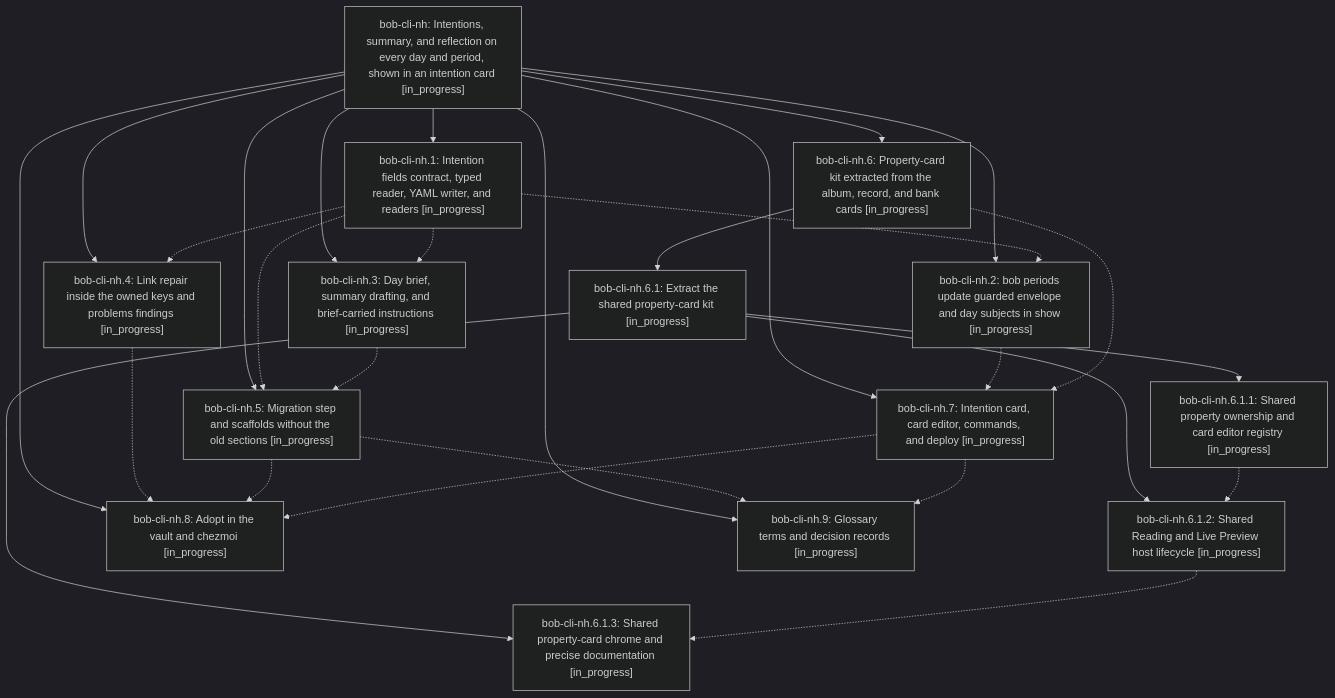
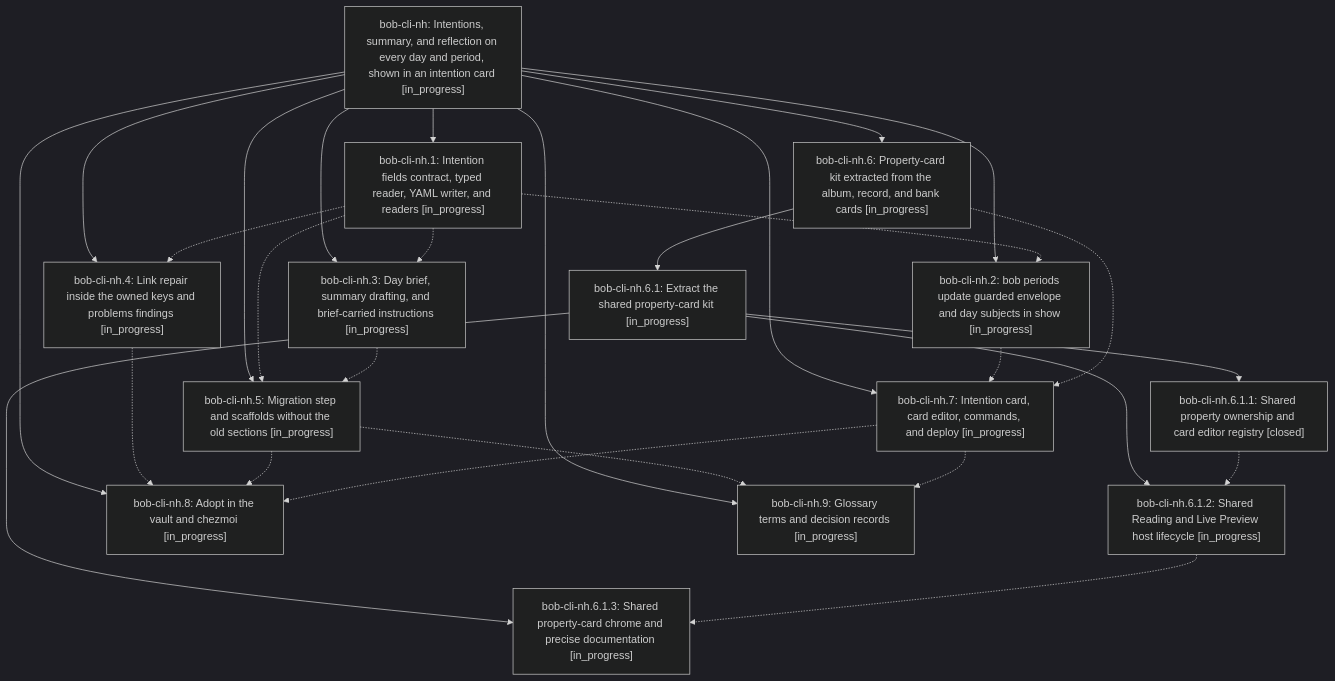
One commit to bobs-org/bob-cli--beads changed the diagram in pages/bob-cli-nh/README.md. Above: the diagram before and after it, drawn with Mermaid (dark theme). The commit also changed other lines of this file and 7 other files, not shown here.

First line of the commit message:
chore(beads): sync bead state and pages for bob-cli-nh

````diff
--- a/pages/bob-cli-nh/README.md
+++ b/pages/bob-cli-nh/README.md
@@ -56,44 +58,44 @@
 ```mermaid
 flowchart TD
     n0["bob-cli-nh: Intentions, summary, and reflection on every day and period, shown in an intention card [in_progress]"]
     n1["bob-cli-nh.1: Intention fields contract, typed reader, YAML writer, and readers [in_progress]"]
     n2["bob-cli-nh.2: bob periods update guarded envelope and day subjects in show [in_progress]"]
     n3["bob-cli-nh.3: Day brief, summary drafting, and brief-carried instructions [in_progress]"]
     n4["bob-cli-nh.4: Link repair inside the owned keys and problems findings [in_progress]"]
     n5["bob-cli-nh.5: Migration step and scaffolds without the old sections [in_progress]"]
     n6["bob-cli-nh.6: Property-card kit extracted from the album, record, and bank cards [in_progress]"]
     n7["bob-cli-nh.6.1: Extract the shared property-card kit [in_progress]"]
-    n8["bob-cli-nh.6.1.1: Shared property ownership and card editor registry [in_progress]"]
+    n8["bob-cli-nh.6.1.1: Shared property ownership and card editor registry [closed]"]
     n9["bob-cli-nh.6.1.2: Shared Reading and Live Preview host lifecycle [in_progress]"]
     n10["bob-cli-nh.6.1.3: Shared property-card chrome and precise documentation [in_progress]"]
     n11["bob-cli-nh.7: Intention card, card editor, commands, and deploy [in_progress]"]
     n12["bob-cli-nh.8: Adopt in the vault and chezmoi [in_progress]"]
     n13["bob-cli-nh.9: Glossary terms and decision records [in_progress]"]
     n0 --> n1
     n0 --> n2
     n0 --> n3
     n0 --> n4
     n0 --> n5
     n0 --> n6
     n6 --> n7
     n7 --> n8
     n7 --> n9
     n7 --> n10
     n0 --> n11
     n0 --> n12
     n0 --> n13
     n1 -.-> n2
     n1 -.-> n3
     n1 -.-> n4
     n1 -.-> n5
     n2 -.-> n11
     n3 -.-> n5
     n4 -.-> n12
     n5 -.-> n12
     n5 -.-> n13
     n6 -.-> n11
     n8 -.-> n9
     n9 -.-> n10
     n11 -.-> n12
     n11 -.-> n13
 ```
````
